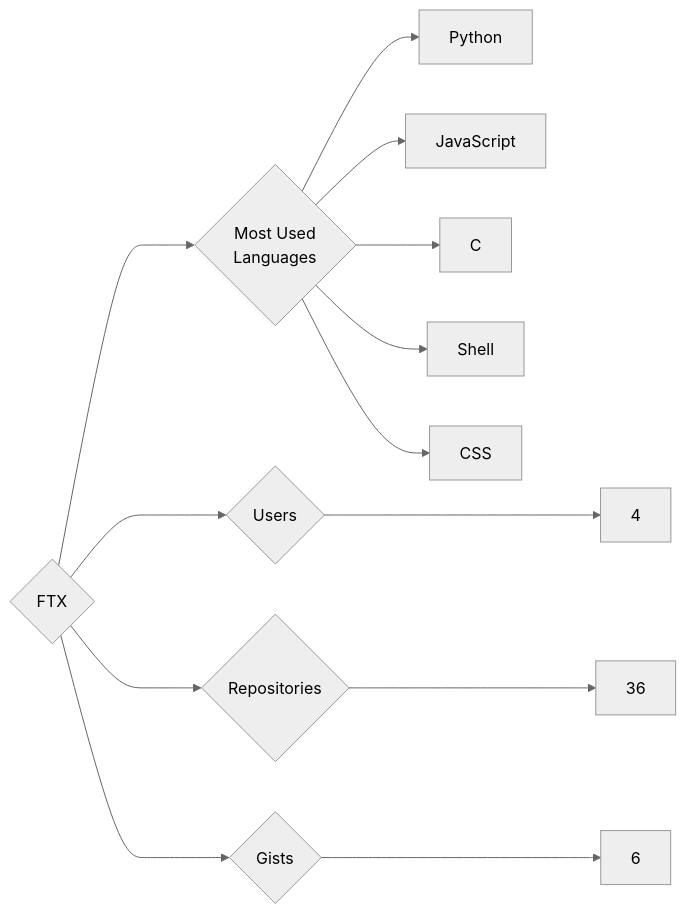
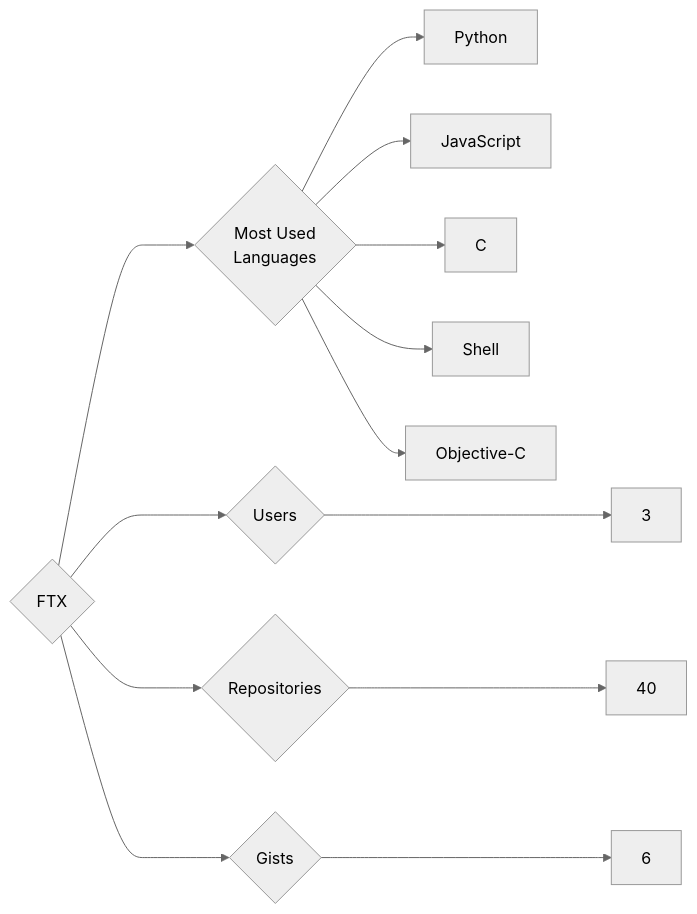
The diagram in targets/FTX/README.md (trickest/insiders), drawn with Mermaid (neutral theme) before and after one commit. The commit also changed 1092 other files, not shown here.

````diff
--- a/targets/FTX/README.md
+++ b/targets/FTX/README.md
@@ -3,13 +3,13 @@
 ```mermaid
 graph LR
 COMPANY_NAME{FTX}
-COMPANY_NAME ---> U{Users} ---> UN[4]
-COMPANY_NAME ---> R{Repositories} ---> RN[36]
+COMPANY_NAME ---> U{Users} ---> UN[3]
+COMPANY_NAME ---> R{Repositories} ---> RN[40]
 COMPANY_NAME ---> G{Gists} ---> GN[6]
 COMPANY_NAME ---> ML{Most Used<br>Languages}
 ML --> Python[Python]
 ML --> JavaScript[JavaScript]
 ML --> C[C]
 ML --> Shell[Shell]
-ML --> CSS[CSS]
+ML --> Objective-C[Objective-C]
 ```
````
